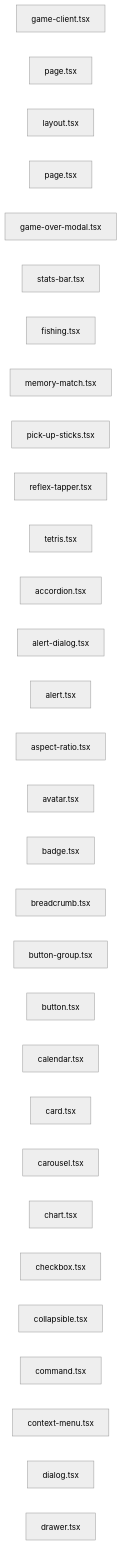
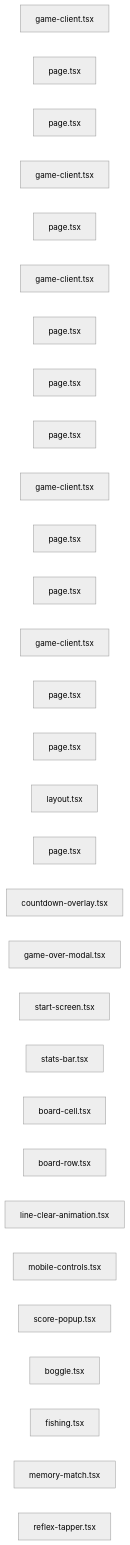
Before and after one commit to srwlli/games: the diagram in .coderef/diagrams/imports.mmd, drawn with Mermaid (neutral theme). The commit also changed 30 other files, not shown here.

```diff
--- a/.coderef/diagrams/imports.mmd
+++ b/.coderef/diagrams/imports.mmd
@@ -1,31 +1,31 @@
 graph LR
   I0["game-client.tsx"]
   I1["page.tsx"]
-  I2["layout.tsx"]
-  I3["page.tsx"]
-  I4["game-over-modal.tsx"]
-  I5["stats-bar.tsx"]
-  I6["fishing.tsx"]
-  I7["memory-match.tsx"]
-  I8["pick-up-sticks.tsx"]
-  I9["reflex-tapper.tsx"]
-  I10["tetris.tsx"]
-  I11["accordion.tsx"]
-  I12["alert-dialog.tsx"]
-  I13["alert.tsx"]
-  I14["aspect-ratio.tsx"]
-  I15["avatar.tsx"]
-  I16["badge.tsx"]
-  I17["breadcrumb.tsx"]
-  I18["button-group.tsx"]
-  I19["button.tsx"]
-  I20["calendar.tsx"]
-  I21["card.tsx"]
-  I22["carousel.tsx"]
-  I23["chart.tsx"]
-  I24["checkbox.tsx"]
-  I25["collapsible.tsx"]
-  I26["command.tsx"]
-  I27["context-menu.tsx"]
-  I28["dialog.tsx"]
-  I29["drawer.tsx"]
+  I2["page.tsx"]
+  I3["game-client.tsx"]
+  I4["page.tsx"]
+  I5["game-client.tsx"]
+  I6["page.tsx"]
+  I7["page.tsx"]
+  I8["page.tsx"]
+  I9["game-client.tsx"]
+  I10["page.tsx"]
+  I11["page.tsx"]
+  I12["game-client.tsx"]
+  I13["page.tsx"]
+  I14["page.tsx"]
+  I15["layout.tsx"]
+  I16["page.tsx"]
+  I17["countdown-overlay.tsx"]
+  I18["game-over-modal.tsx"]
+  I19["start-screen.tsx"]
+  I20["stats-bar.tsx"]
+  I21["board-cell.tsx"]
+  I22["board-row.tsx"]
+  I23["line-clear-animation.tsx"]
+  I24["mobile-controls.tsx"]
+  I25["score-popup.tsx"]
+  I26["boggle.tsx"]
+  I27["fishing.tsx"]
+  I28["memory-match.tsx"]
+  I29["reflex-tapper.tsx"]
```
